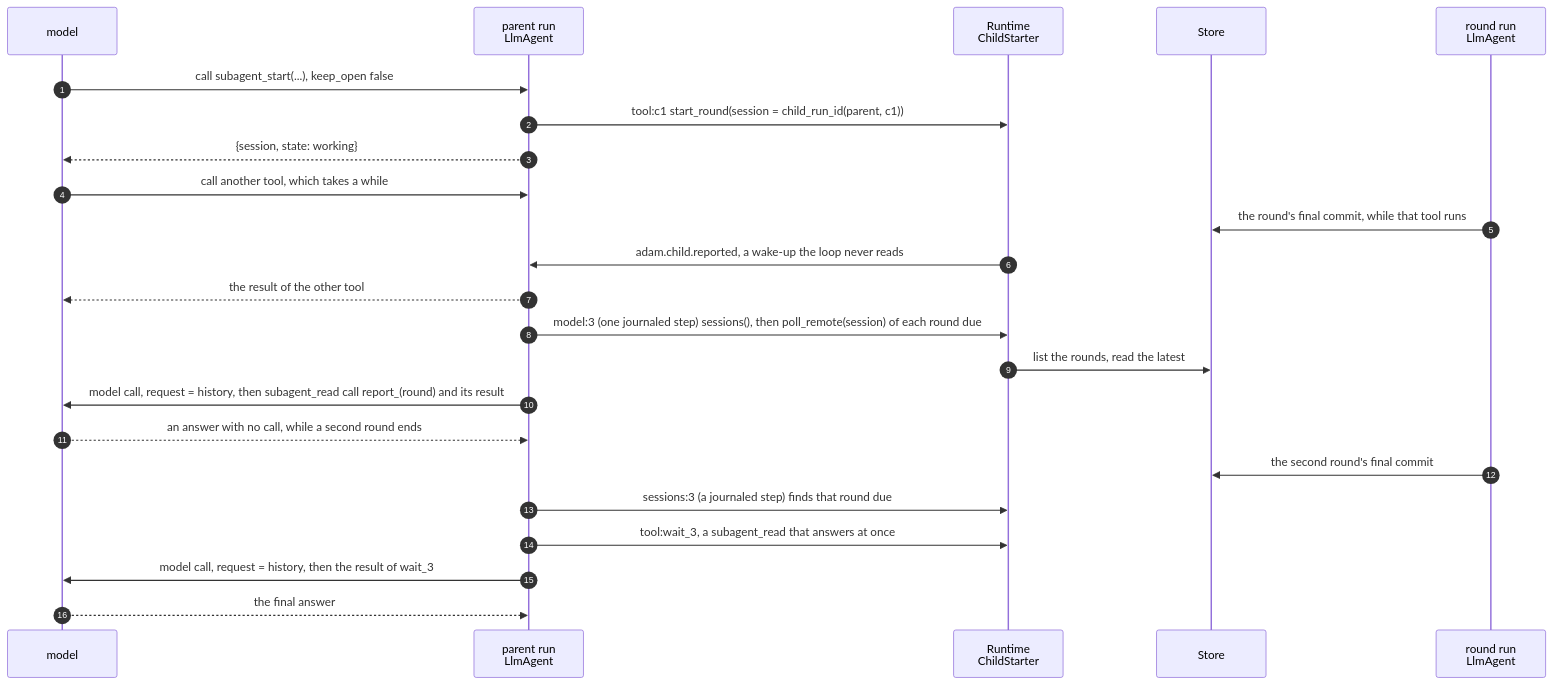
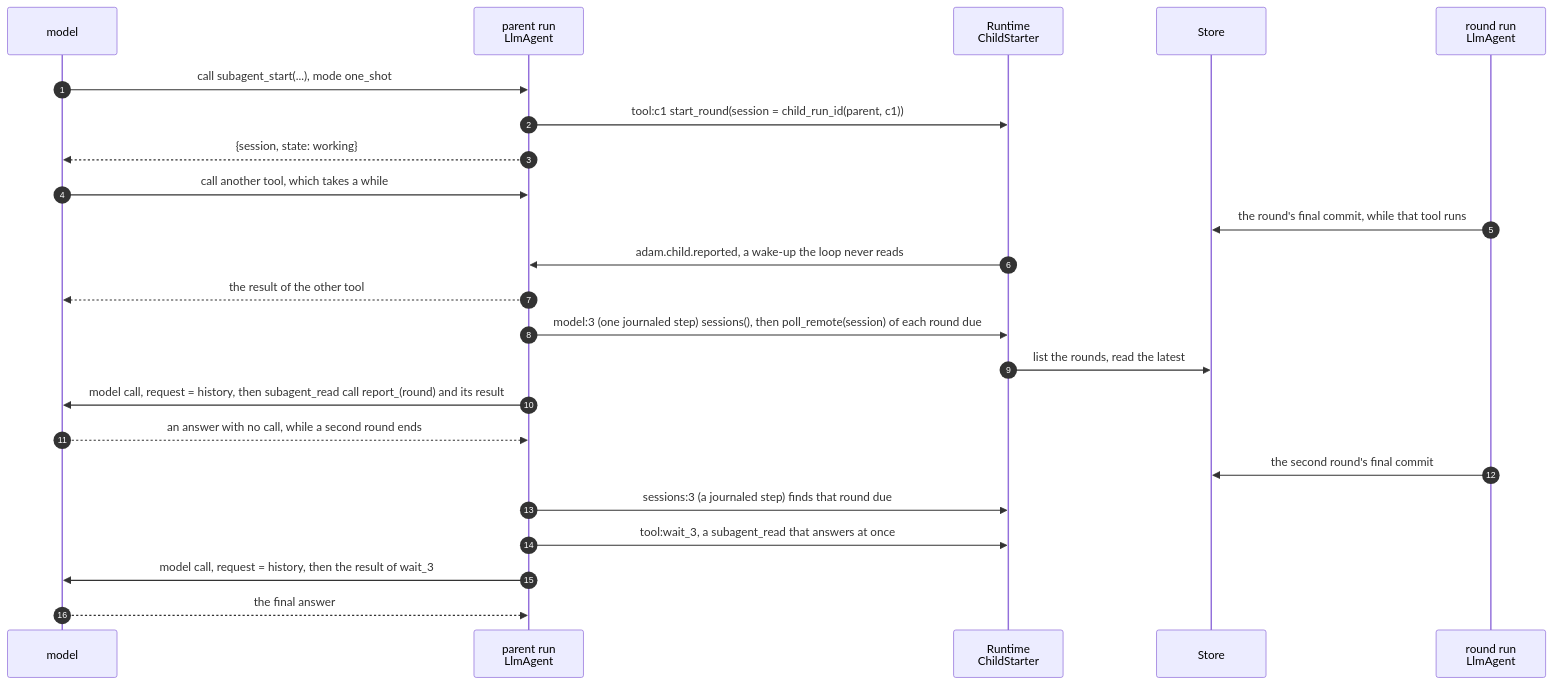
Before and after one commit to vymalo/another-adam-rs: the fifth of 12 diagrams in docs/reference/child-runs.md, drawn with Mermaid. The commit also changed other lines of this file and 27 other files, not shown here.

First line of the commit message:
feat(subagents): subagent_start takes `mode` and `wait` (ADR 0087 slice C2)

````diff
--- a/docs/reference/child-runs.md
+++ b/docs/reference/child-runs.md
@@ -377,25 +391,25 @@
 ```mermaid
 sequenceDiagram
     autonumber
     participant M as model
     participant P as parent run<br/>LlmAgent
     participant RT as Runtime<br/>ChildStarter
     participant DB as Store
     participant C as round run<br/>LlmAgent
-    M->>P: call subagent_start(...), keep_open false
+    M->>P: call subagent_start(...), mode one_shot
     P->>RT: tool:c1 start_round(session = child_run_id(parent, c1))
     P-->>M: {session, state: working}
     M->>P: call another tool, which takes a while
     C->>DB: the round's final commit, while that tool runs
     RT->>P: adam.child.reported, a wake-up the loop never reads
     P-->>M: the result of the other tool
     P->>RT: model:3 (one journaled step) sessions(), then poll_remote(session) of each round due
     RT->>DB: list the rounds, read the latest
     P->>M: model call, request = history, then subagent_read call report_(round) and its result
     M-->>P: an answer with no call, while a second round ends
     C->>DB: the second round's final commit
     P->>RT: sessions:3 (a journaled step) finds that round due
     P->>RT: tool:wait_3, a subagent_read that answers at once
     P->>M: model call, request = history, then the result of wait_3
     M-->>P: the final answer
 ```
````
